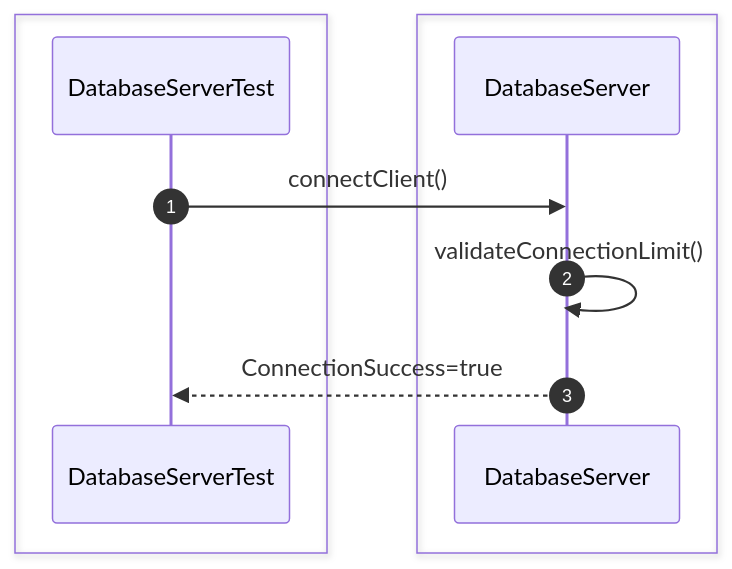
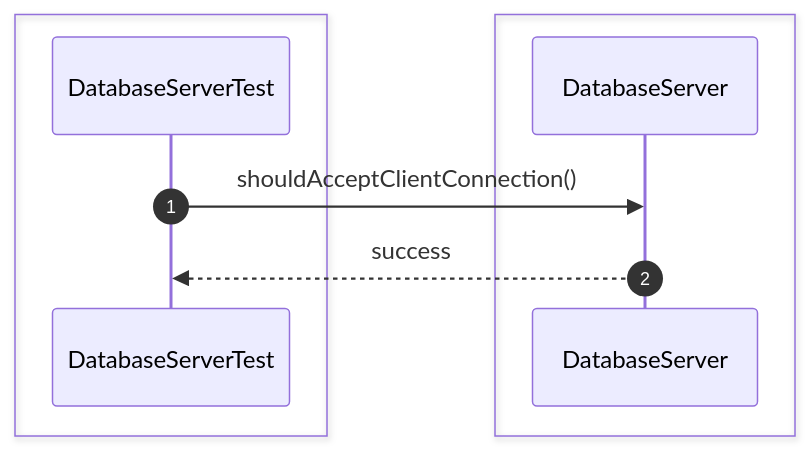
One commit to Huy1801214/dbms-architecture changed the sixth of 44 diagrams in src/sequence/db-server.md. Above: the diagram before and after it, drawn with Mermaid. The commit also changed other lines of this file and 68 other files, not shown here.

Commit message:
implement comprehensive unit test suite and architectural sequence documentation

````diff
--- a/src/sequence/db-server.md
+++ b/src/sequence/db-server.md
@@ -108,15 +81,13 @@
 ```mermaid
 sequenceDiagram
     autonumber
-
     box #e1f5fe Test Suite
     participant Test as DatabaseServerTest
     end
-    box #e3f2fd Server Managers
-    participant Server as DatabaseServer
+    box #e3f2fd DatabaseServer Component
+    participant DS as DatabaseServer
     end
 
-    Test->>Server: connectClient()
-    Server->>Server: validateConnectionLimit()
-    Server-->>Test: ConnectionSuccess=true
+    Test->>DS: shouldAcceptClientConnection()
+    DS-->>Test: success
 ```
````
